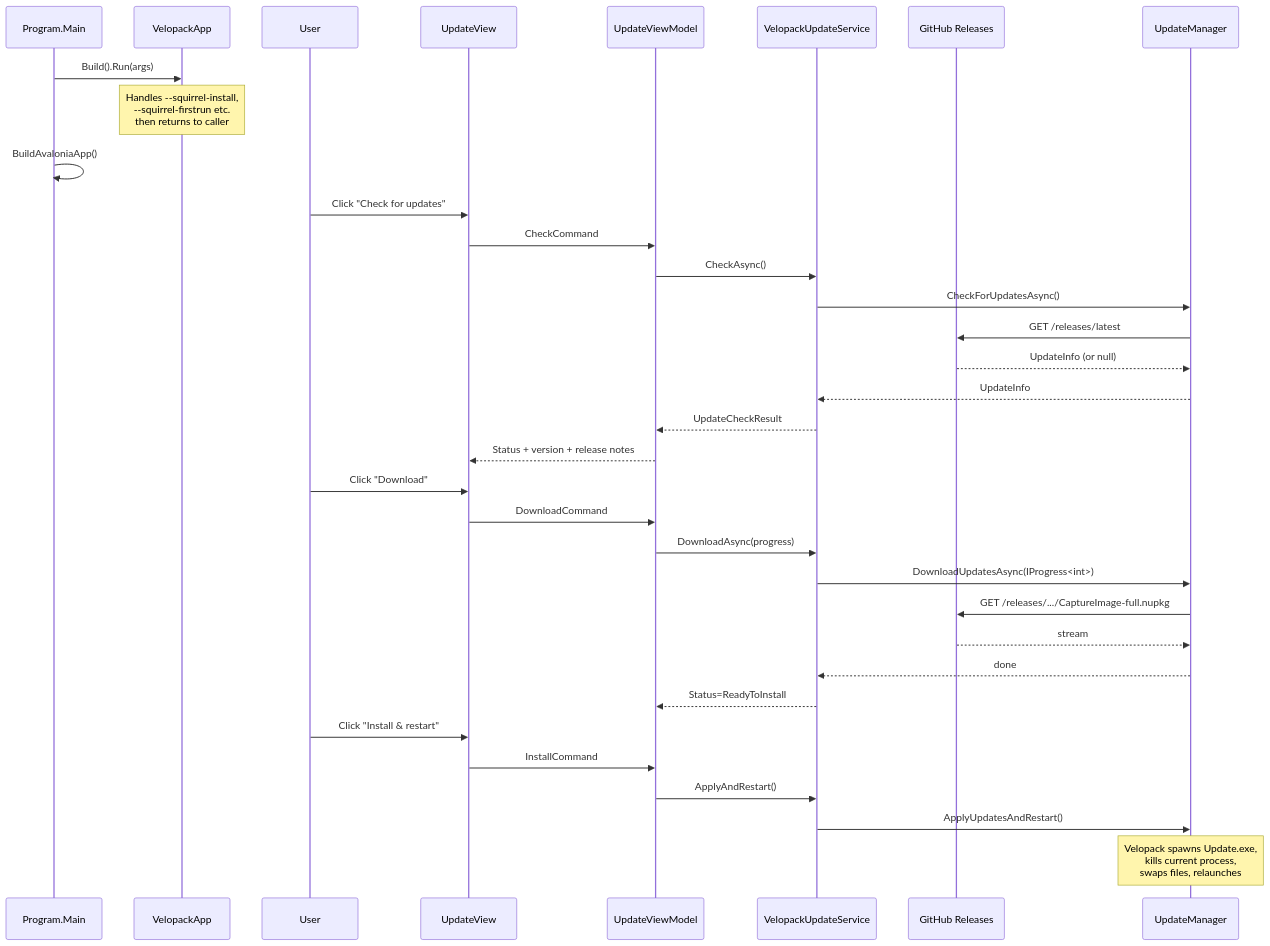
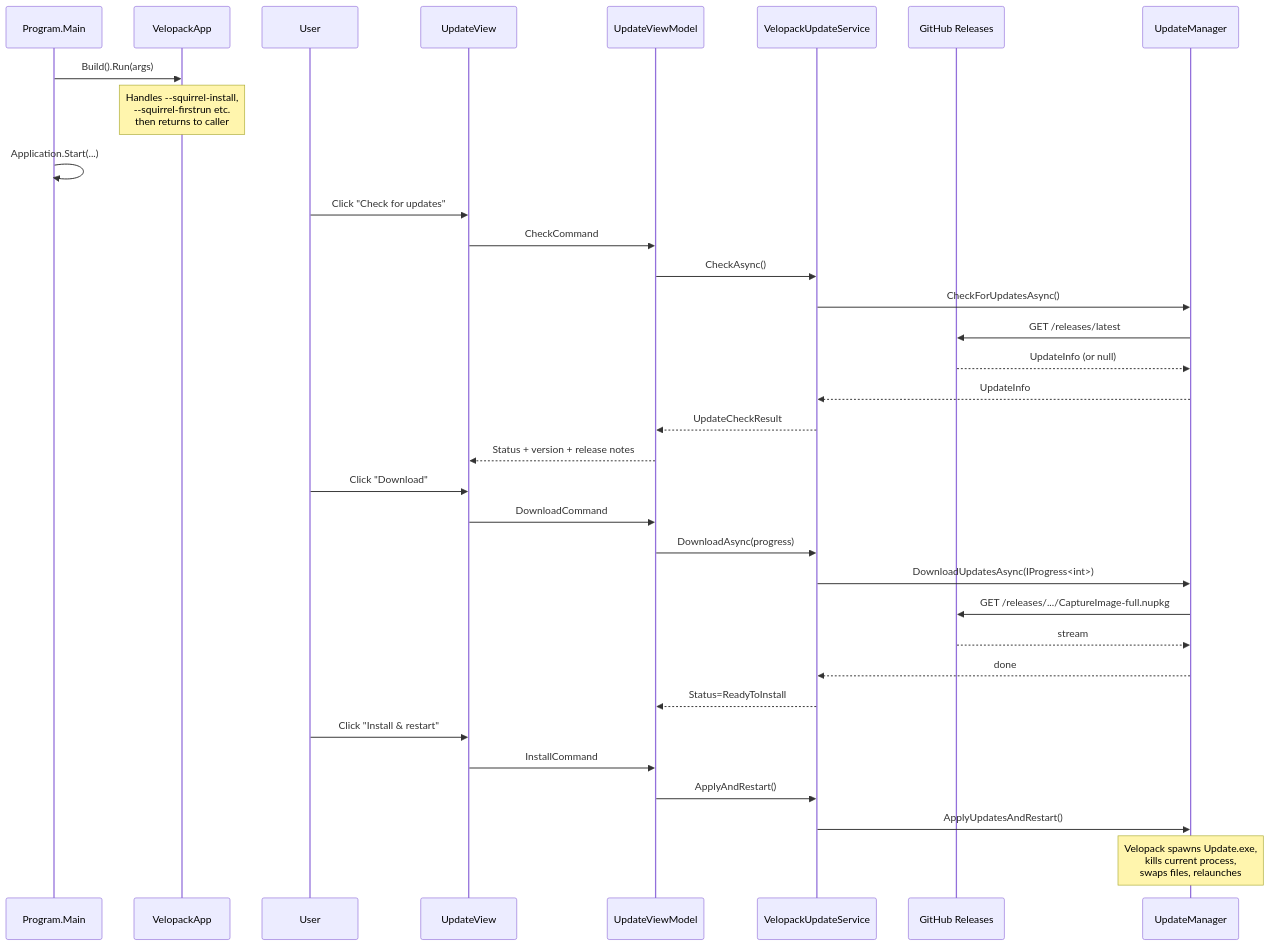
One commit to poli0981/captureimg changed the sixth of 6 diagrams in docs/ARCHITECTURE.md. Above: the diagram before and after it, drawn with Mermaid. The commit also changed other lines of this file and 8 other files, not shown here.

````diff
--- a/docs/ARCHITECTURE.md
+++ b/docs/ARCHITECTURE.md
@@ -284,40 +293,40 @@
 ```mermaid
 sequenceDiagram
   participant Main as Program.Main
   participant Velo as VelopackApp
   participant User
   participant UI as UpdateView
   participant VM as UpdateViewModel
   participant Svc as VelopackUpdateService
   participant GH as GitHub Releases
   participant Mgr as UpdateManager
 
   Main->>Velo: Build().Run(args)
   Note over Velo: Handles --squirrel-install,<br/>--squirrel-firstrun etc.<br/>then returns to caller
-  Main->>Main: BuildAvaloniaApp()
+  Main->>Main: Application.Start(...)
 
   User->>UI: Click "Check for updates"
   UI->>VM: CheckCommand
   VM->>Svc: CheckAsync()
   Svc->>Mgr: CheckForUpdatesAsync()
   Mgr->>GH: GET /releases/latest
   GH-->>Mgr: UpdateInfo (or null)
   Mgr-->>Svc: UpdateInfo
   Svc-->>VM: UpdateCheckResult
   VM-->>UI: Status + version + release notes
 
   User->>UI: Click "Download"
   UI->>VM: DownloadCommand
   VM->>Svc: DownloadAsync(progress)
   Svc->>Mgr: DownloadUpdatesAsync(IProgress<int>)
   Mgr->>GH: GET /releases/.../CaptureImage-full.nupkg
   GH-->>Mgr: stream
   Mgr-->>Svc: done
   Svc-->>VM: Status=ReadyToInstall
 
   User->>UI: Click "Install & restart"
   UI->>VM: InstallCommand
   VM->>Svc: ApplyAndRestart()
   Svc->>Mgr: ApplyUpdatesAndRestart()
   Note over Mgr: Velopack spawns Update.exe,<br/>kills current process,<br/>swaps files, relaunches
 ```
````
